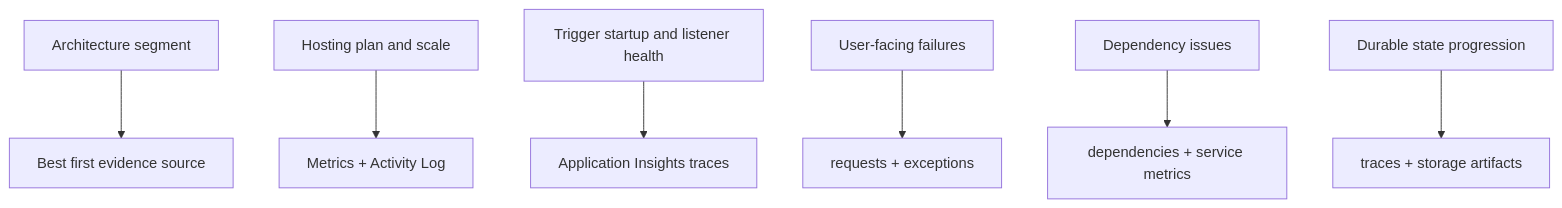
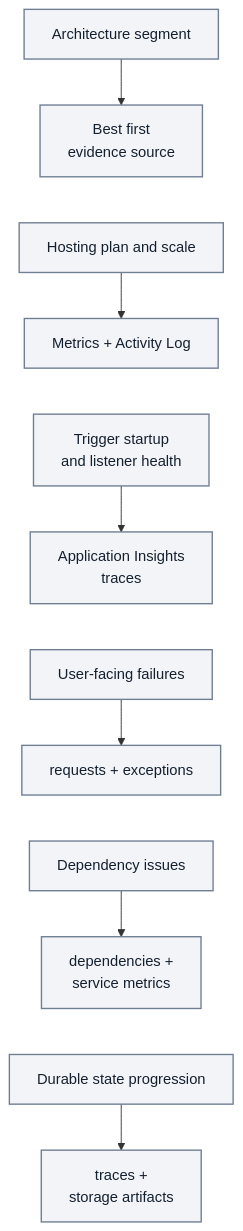
One commit to yeongseon/azure-functions-practical-guide changed the tenth of 10 diagrams in docs/troubleshooting/architecture-components-reference.md. Above: the diagram before and after it, drawn with Mermaid. The commit also changed other lines of this file and 1 other file, not shown here.

First line of the commit message:
docs(diagrams): migrate Functions troubleshooting overview — architecture components reference (#452)

````diff
--- a/docs/troubleshooting/architecture-components-reference.md
+++ b/docs/troubleshooting/architecture-components-reference.md
@@ -577,9 +707,19 @@
 ```mermaid
 flowchart TD
-    A[Architecture segment] --> B[Best first evidence source]
-    C[Hosting plan and scale] --> D[Metrics + Activity Log]
-    E[Trigger startup and listener health] --> F[Application Insights traces]
-    G[User-facing failures] --> H[requests + exceptions]
-    I[Dependency issues] --> J[dependencies + service metrics]
-    K[Durable state progression] --> L[traces + storage artifacts]
+    accTitle: Architecture segment to first evidence source
+    accDescr: Six independent source-to-evidence associations, not sequential incident steps. Suggested telemetry depends on instrumentation and collection settings; absence of telemetry does not establish absence of failures. Durable storage artifacts apply to the configured backend.
+    A["Architecture segment"] --> B["Best first<br/>evidence source"]
+    C["Hosting plan and scale"] --> D["Metrics + Activity Log"]
+    E["Trigger startup<br/>and listener health"] --> F["Application Insights<br/>traces"]
+    G["User-facing failures"] --> H["requests + exceptions"]
+    I["Dependency issues"] --> J["dependencies +<br/>service metrics"]
+    K["Durable state progression"] --> L["traces +<br/>storage artifacts"]
+    %% Layout-only links stack independent pairs; they add no diagnostic steps or arrows.
+    B ~~~ C
+    D ~~~ E
+    F ~~~ G
+    H ~~~ I
+    J ~~~ K
+    classDef baseNeutral fill:#f2f4f8,stroke:#707e93,stroke-width:1.5px,color:#14202e;
+    class A,B,C,D,E,F,G,H,I,J,K,L baseNeutral;
 ```
````
